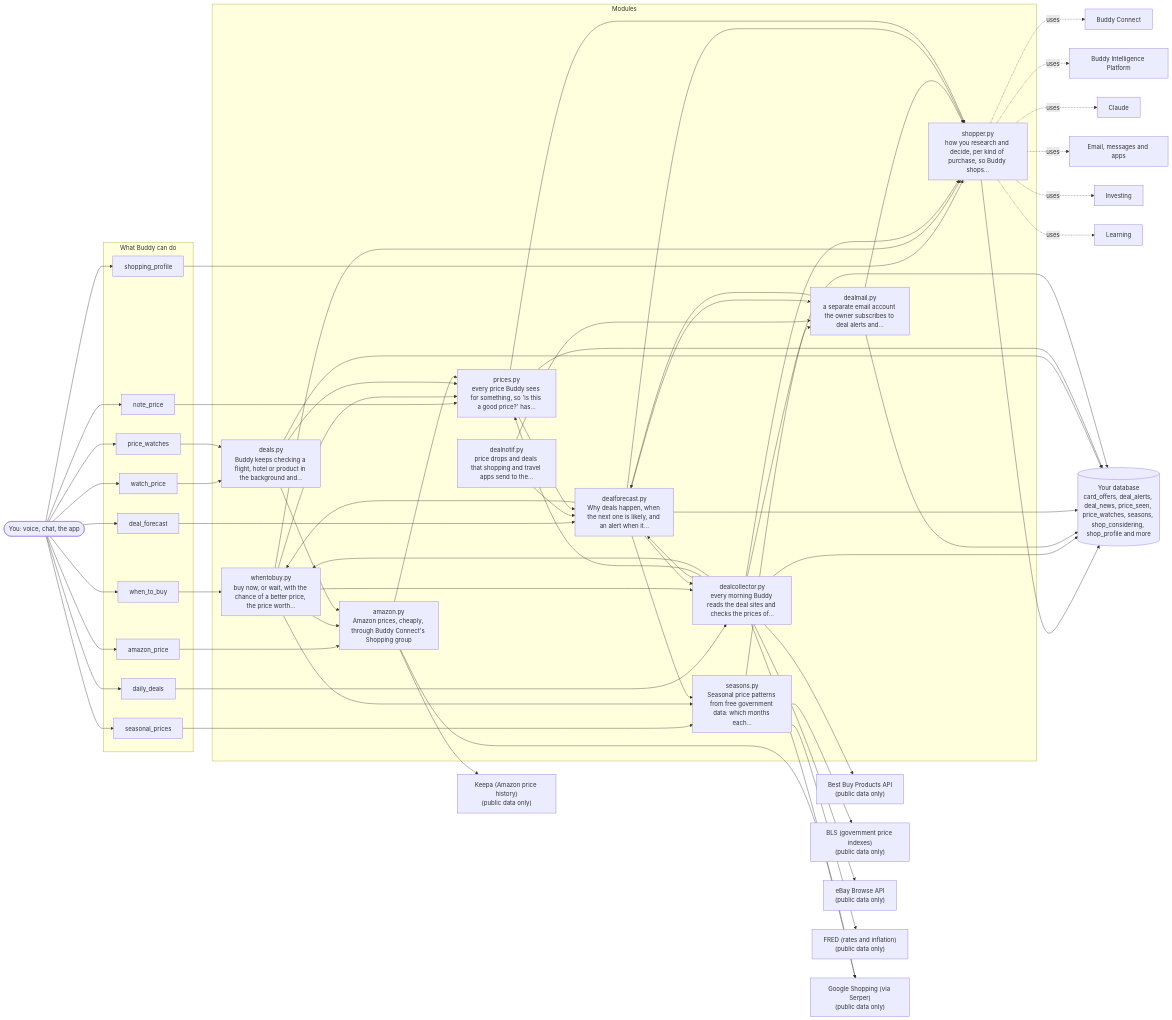
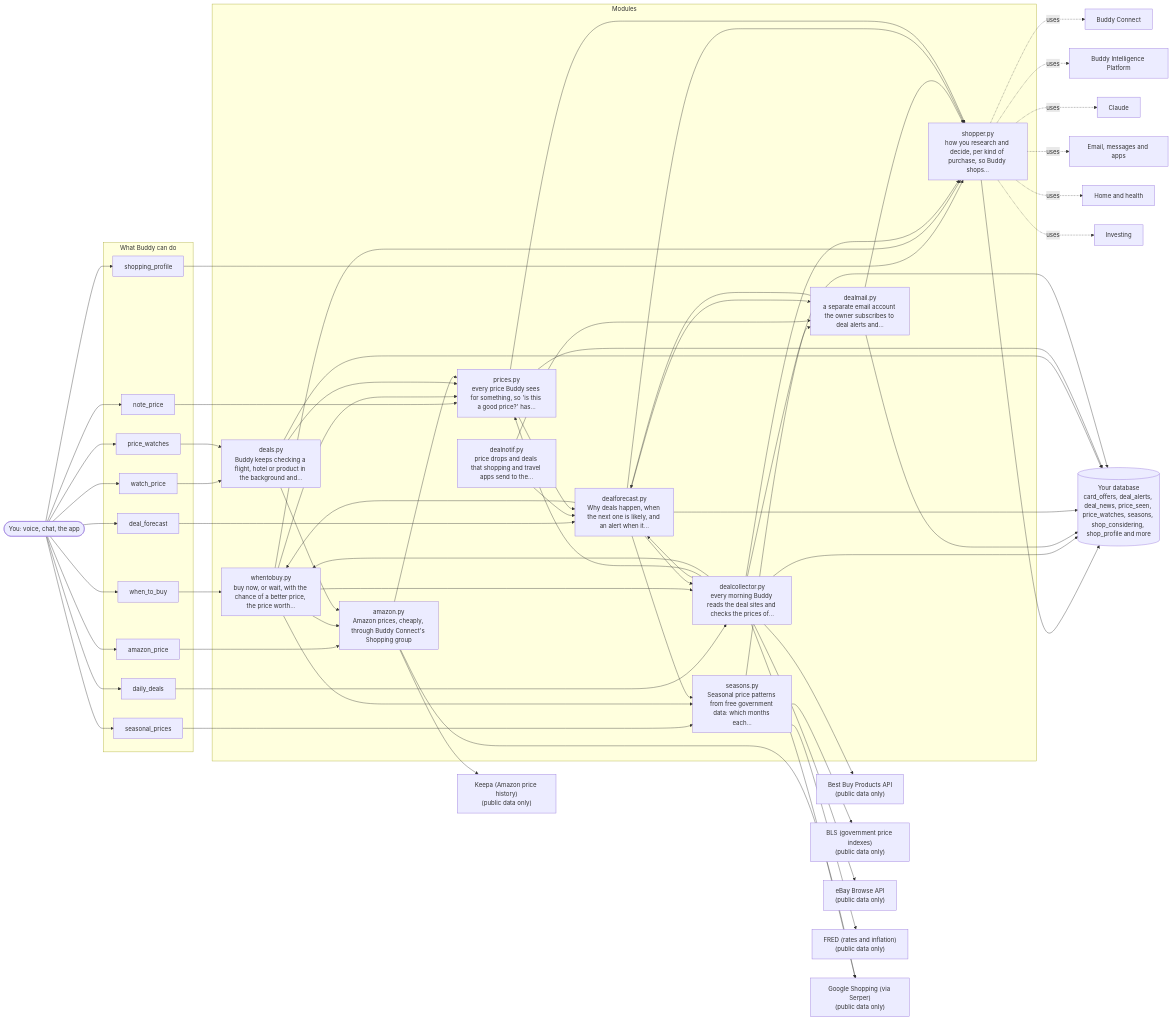
One commit to aneesh304810/BuddyAgent changed the diagram in docs/architecture/10-shopping-and-deals.md. Above: the diagram before and after it, drawn with Mermaid. The commit also changed other lines of this file and 6 other files, not shown here.

````diff
--- a/docs/architecture/10-shopping-and-deals.md
+++ b/docs/architecture/10-shopping-and-deals.md
@@ -101,8 +101,8 @@
     shopper_py -. uses .-> o_2
     o_3["Email, messages and apps"]
     shopper_py -. uses .-> o_3
-    o_4["Investing"]
+    o_4["Home and health"]
     shopper_py -. uses .-> o_4
-    o_5["Learning"]
+    o_5["Investing"]
     shopper_py -. uses .-> o_5
 ```
````
